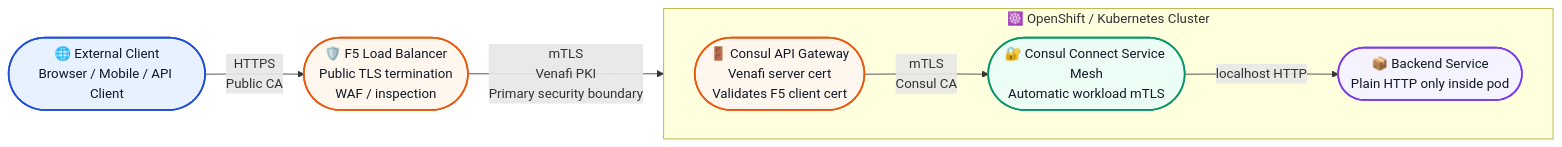
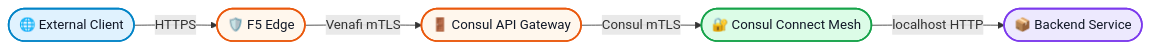
One commit to chris-lovett/API-Gateway-mTLS changed the first of 7 diagrams in docs/architecture-diagram.md. Above: the diagram before and after it, drawn with Mermaid. The commit also changed other lines of this file and 1 other file, not shown here.

Commit message:
Rewrite architecture docs into overview and operator deep dive

````diff
--- a/docs/architecture-diagram.md
+++ b/docs/architecture-diagram.md
@@ -26,28 +29,23 @@
 ```mermaid
 flowchart LR
-    client([🌐 External Client<br/>Browser / Mobile / API Client])
-    f5([🛡️ F5 Load Balancer<br/>Public TLS termination<br/>WAF / inspection])
+    client([🌐 External Client])
+    f5([🛡️ F5 Edge])
+    gateway([🚪 Consul API Gateway])
+    mesh([🔐 Consul Connect Mesh])
+    backend([📦 Backend Service])
 
-    subgraph cluster[☸️ OpenShift / Kubernetes Cluster]
-        direction LR
-        gateway([🚪 Consul API Gateway<br/>Venafi server cert<br/>Validates F5 client cert])
-        mesh([🔐 Consul Connect Service Mesh<br/>Automatic workload mTLS])
-        backend([📦 Backend Service<br/>Plain HTTP only inside pod])
-    end
-
-    client -->|HTTPS<br/>Public CA| f5
-    f5 -->|mTLS<br/>Venafi PKI<br/>Primary security boundary| gateway
-    gateway -->|mTLS<br/>Consul CA| mesh
+    client -->|HTTPS| f5
+    f5 -->|Venafi mTLS| gateway
+    gateway -->|Consul mTLS| mesh
     mesh -->|localhost HTTP| backend
 
-    classDef edge fill:#e8f1ff,stroke:#1d4ed8,stroke-width:2px,color:#111827;
-    classDef ingress fill:#fff7ed,stroke:#ea580c,stroke-width:2px,color:#111827;
-    classDef meshClass fill:#ecfdf5,stroke:#059669,stroke-width:2px,color:#111827;
-    classDef app fill:#f5f3ff,stroke:#7c3aed,stroke-width:2px,color:#111827;
+    classDef blue fill:#e0f2fe,stroke:#0284c7,stroke-width:2px,color:#111827;
+    classDef orange fill:#fff7ed,stroke:#ea580c,stroke-width:2px,color:#111827;
+    classDef green fill:#dcfce7,stroke:#16a34a,stroke-width:2px,color:#111827;
+    classDef purple fill:#ede9fe,stroke:#7c3aed,stroke-width:2px,color:#111827;
 
-    class client edge;
-    class f5 ingress;
-    class gateway ingress;
-    class mesh meshClass;
-    class backend app;
+    class client blue;
+    class f5,gateway orange;
+    class mesh green;
+    class backend purple;
 ```
````
